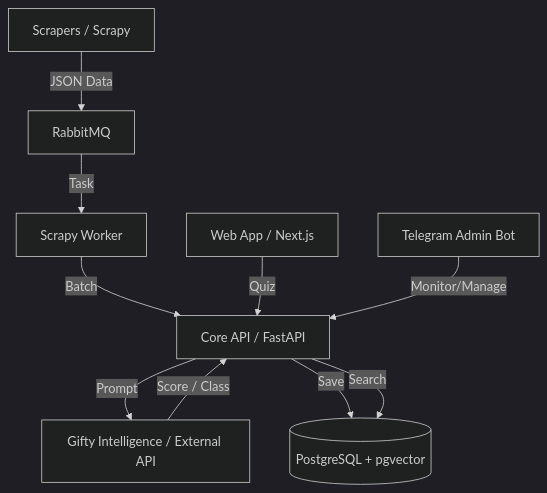
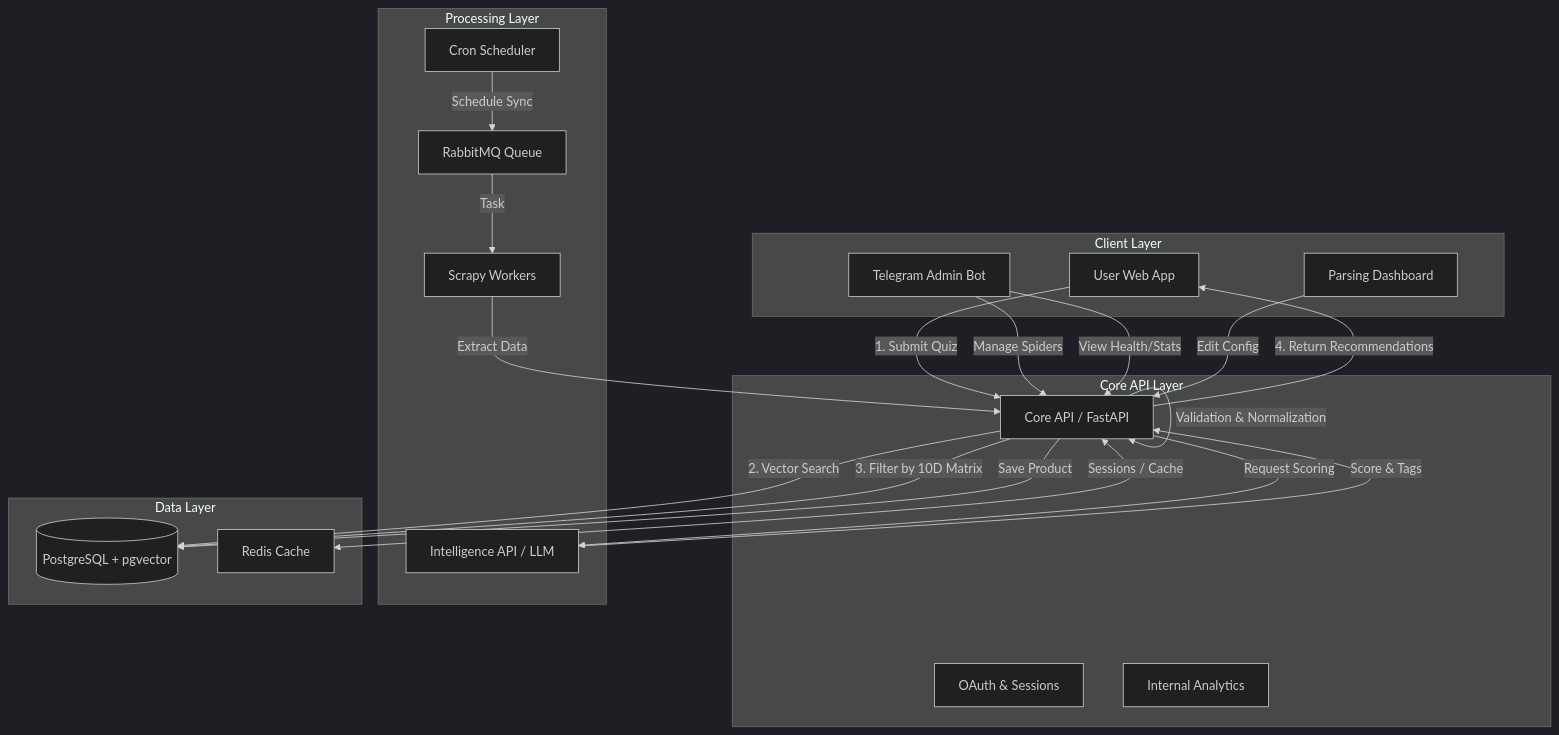
One commit to IceDarold/gifty-backend changed the diagram in docs/architecture/overview.md. Above: the diagram before and after it, drawn with Mermaid (dark theme). The commit also changed other lines of this file and 16 other files, not shown here.

````diff
--- a/docs/architecture/overview.md
+++ b/docs/architecture/overview.md
@@ -5,12 +5,49 @@
 ```mermaid
 graph TD
-    Parser[Scrapers / Scrapy] -->|JSON Data| RabbitMQ[RabbitMQ]
-    RabbitMQ -->|Task| Worker[Scrapy Worker]
-    Worker -->|Batch| API[Core API / FastAPI]
-    API -->|Prompt| LLM[Gifty Intelligence / External API]
-    LLM -->|Score / Class| API
-    API -->|Save| DB[(PostgreSQL + pgvector)]
-    Frontend[Web App / Next.js] -->|Quiz| API
-    Bot[Telegram Admin Bot] -->|Monitor/Manage| API
-    API -->|Search| DB
+    subgraph "Client Layer"
+        User[User Web App]
+        Admin[Telegram Admin Bot]
+        MiniApp[Parsing Dashboard]
+    end
+
+    subgraph "Core API Layer"
+        API[Core API / FastAPI]
+        Auth[OAuth & Sessions]
+        Analytics[Internal Analytics]
+    end
+
+    subgraph "Processing Layer"
+        Scheduler[Cron Scheduler]
+        RabbitMQ[RabbitMQ Queue]
+        Workers[Scrapy Workers]
+        Intelligence[Intelligence API / LLM]
+    end
+
+    subgraph "Data Layer"
+        DB[(PostgreSQL + pgvector)]
+        Redis[Redis Cache]
+    end
+
+    %% User Flow
+    User -->|1. Submit Quiz| API
+    API -->|2. Vector Search| DB
+    API -->|3. Filter by 10D Matrix| DB
+    API -->|4. Return Recommendations| User
+
+    %% Admin Flow
+    Admin -->|Manage Spiders| API
+    Admin -->|View Health/Stats| API
+    MiniApp -->|Edit Config| API
+
+    %% Parsing Flow
+    Scheduler -->|Schedule Sync| RabbitMQ
+    RabbitMQ -->|Task| Workers
+    Workers -->|Extract Data| API
+    API -->|Validation & Normalization| API
+    API -->|Request Scoring| Intelligence
+    Intelligence -->|Score & Tags| API
+    API -->|Save Product| DB
+
+    %% Service Interaction
+    API <-->|Sessions / Cache| Redis
 ```
````
